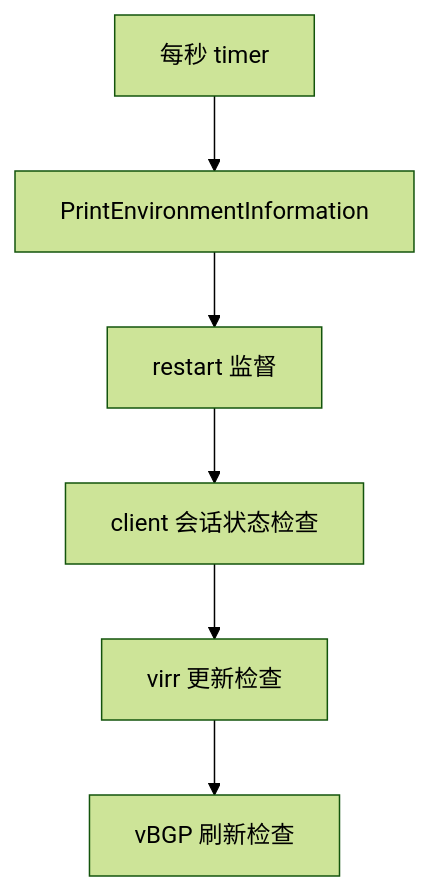
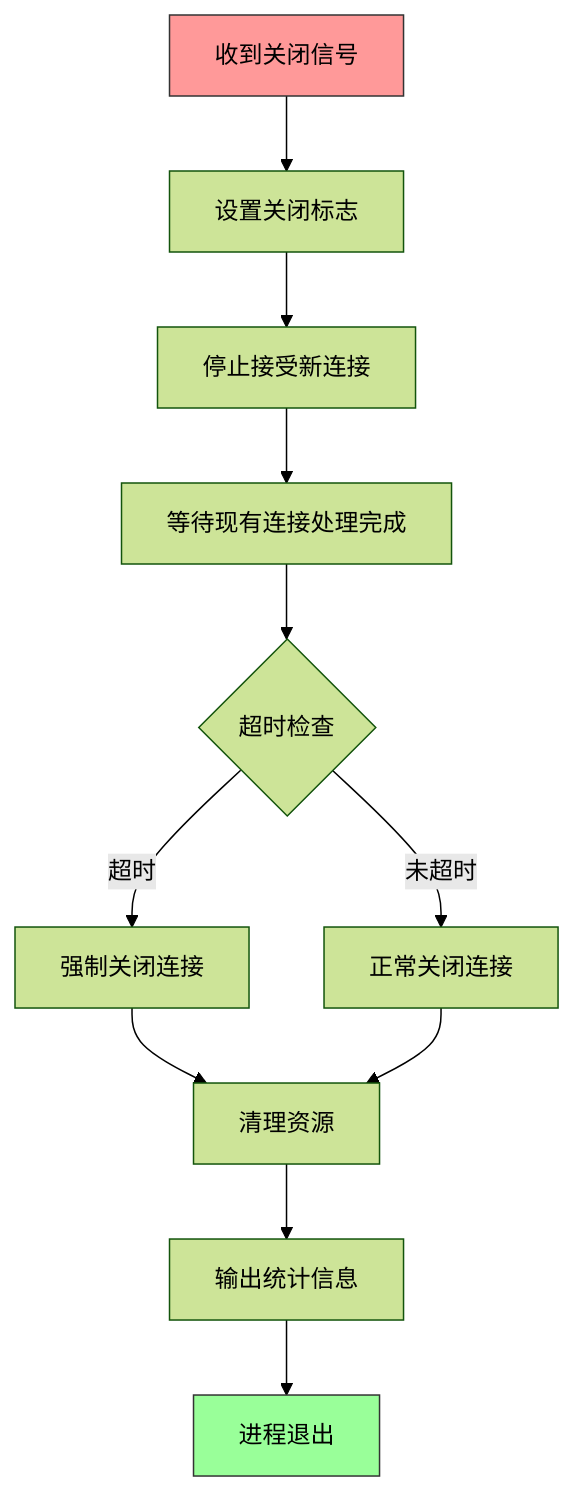
One commit to HyacinthHaru/openppp2 changed the seventh of 7 diagrams in docs/STARTUP_AND_LIFECYCLE_CN.md. Above: the diagram before and after it, drawn with Mermaid (forest theme). The commit also changed other lines of this file and 31 other files, not shown here.

````diff
--- a/docs/STARTUP_AND_LIFECYCLE_CN.md
+++ b/docs/STARTUP_AND_LIFECYCLE_CN.md
@@ -329,8 +391,16 @@
 ```mermaid
 flowchart TD
-    A[每秒 timer] --> B[PrintEnvironmentInformation]
-    B --> C[restart 监督]
-    C --> D[client 会话状态检查]
-    D --> E[virr 更新检查]
-    E --> F[vBGP 刷新检查]
+    A[收到关闭信号] --> B[设置关闭标志]
+    B --> C[停止接受新连接]
+    C --> D[等待现有连接处理完成]
+    D --> E{超时检查}
+    E -->|超时| F[强制关闭连接]
+    E -->|未超时| G[正常关闭连接]
+    F --> H[清理资源]
+    G --> H
+    H --> I[输出统计信息]
+    I --> J[进程退出]
+    
+    style A fill:#f99,stroke:#333
+    style J fill:#9f9,stroke:#333
 ```
````
